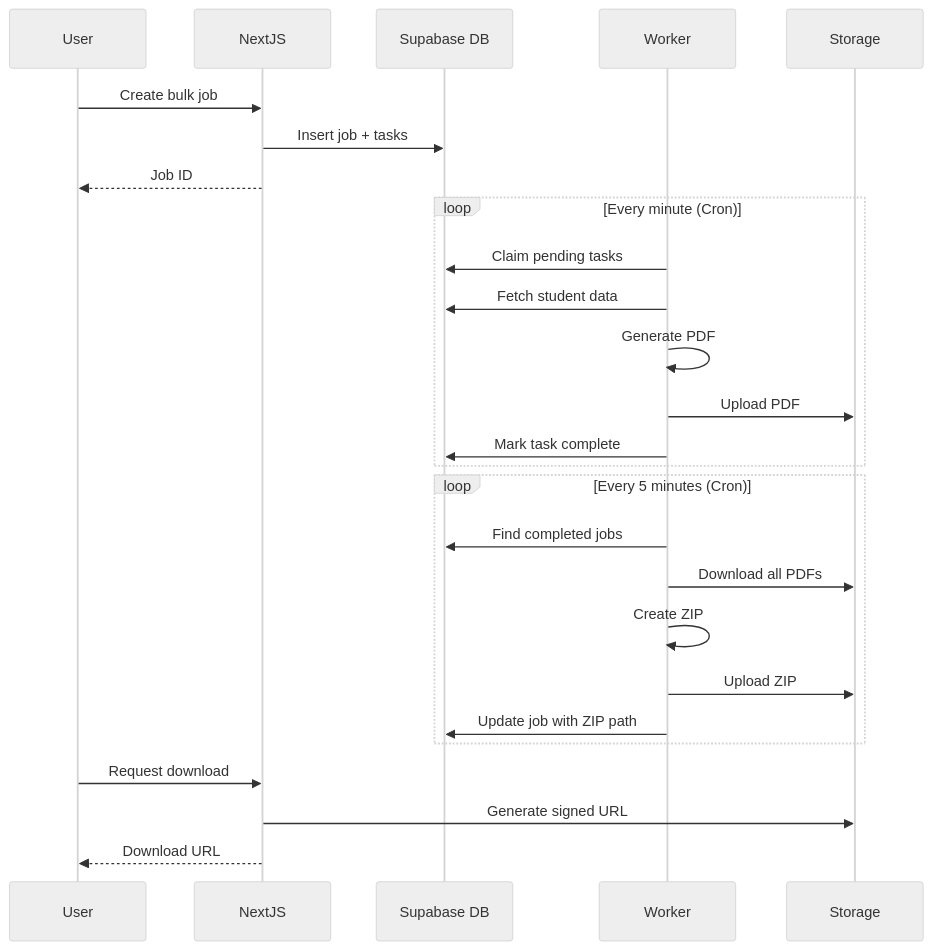
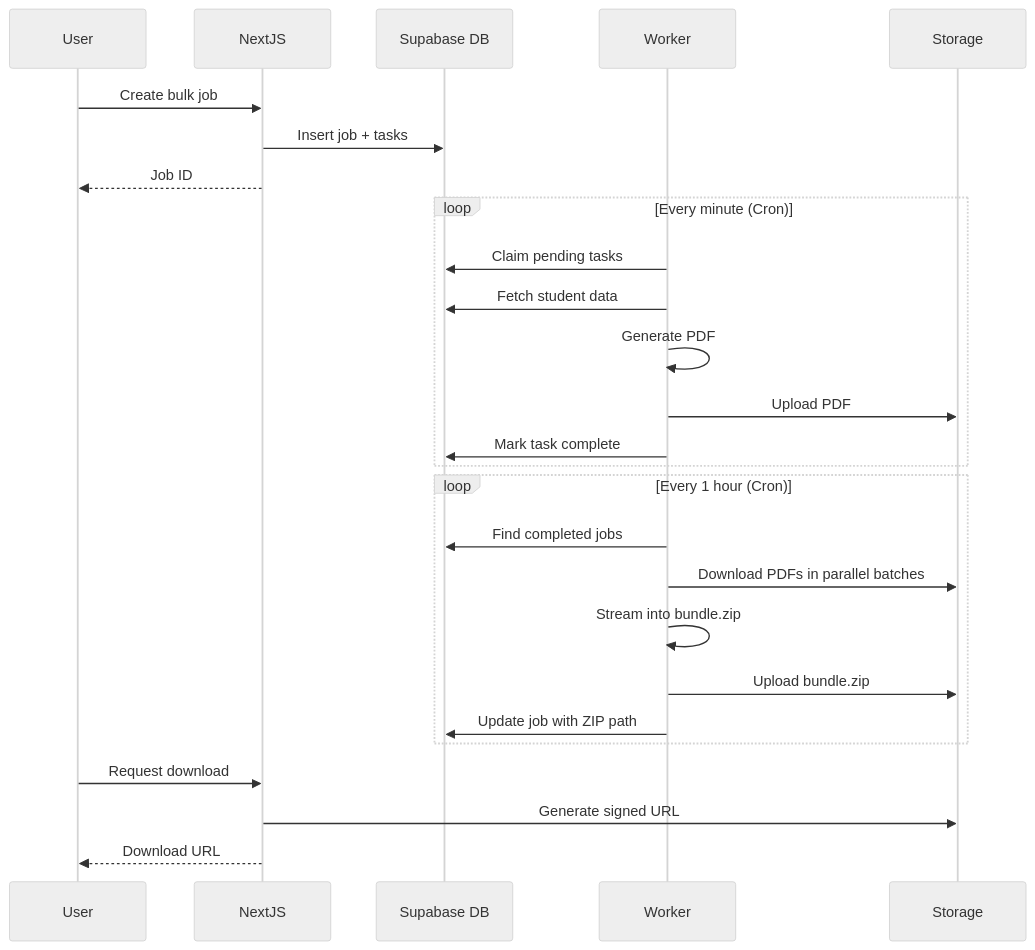
The diagram in README.md (rcastaneda-dev/paquetes.sv), drawn with Mermaid (neutral theme) before and after one commit. The commit also changed 5 other files, not shown here.

````diff
--- a/README.md
+++ b/README.md
@@ -197,32 +197,32 @@
 ```mermaid
 sequenceDiagram
     participant User
     participant NextJS
     participant DB as Supabase DB
     participant Worker
     participant Storage
 
     User->>NextJS: Create bulk job
     NextJS->>DB: Insert job + tasks
     NextJS-->>User: Job ID
 
     loop Every minute (Cron)
         Worker->>DB: Claim pending tasks
         Worker->>DB: Fetch student data
         Worker->>Worker: Generate PDF
         Worker->>Storage: Upload PDF
         Worker->>DB: Mark task complete
     end
 
-    loop Every 5 minutes (Cron)
+    loop Every 1 hour (Cron)
         Worker->>DB: Find completed jobs
-        Worker->>Storage: Download all PDFs
-        Worker->>Worker: Create ZIP
-        Worker->>Storage: Upload ZIP
+        Worker->>Storage: Download PDFs in parallel batches
+        Worker->>Worker: Stream into bundle.zip
+        Worker->>Storage: Upload bundle.zip
         Worker->>DB: Update job with ZIP path
     end
 
     User->>NextJS: Request download
     NextJS->>Storage: Generate signed URL
     NextJS-->>User: Download URL
 ```
````
